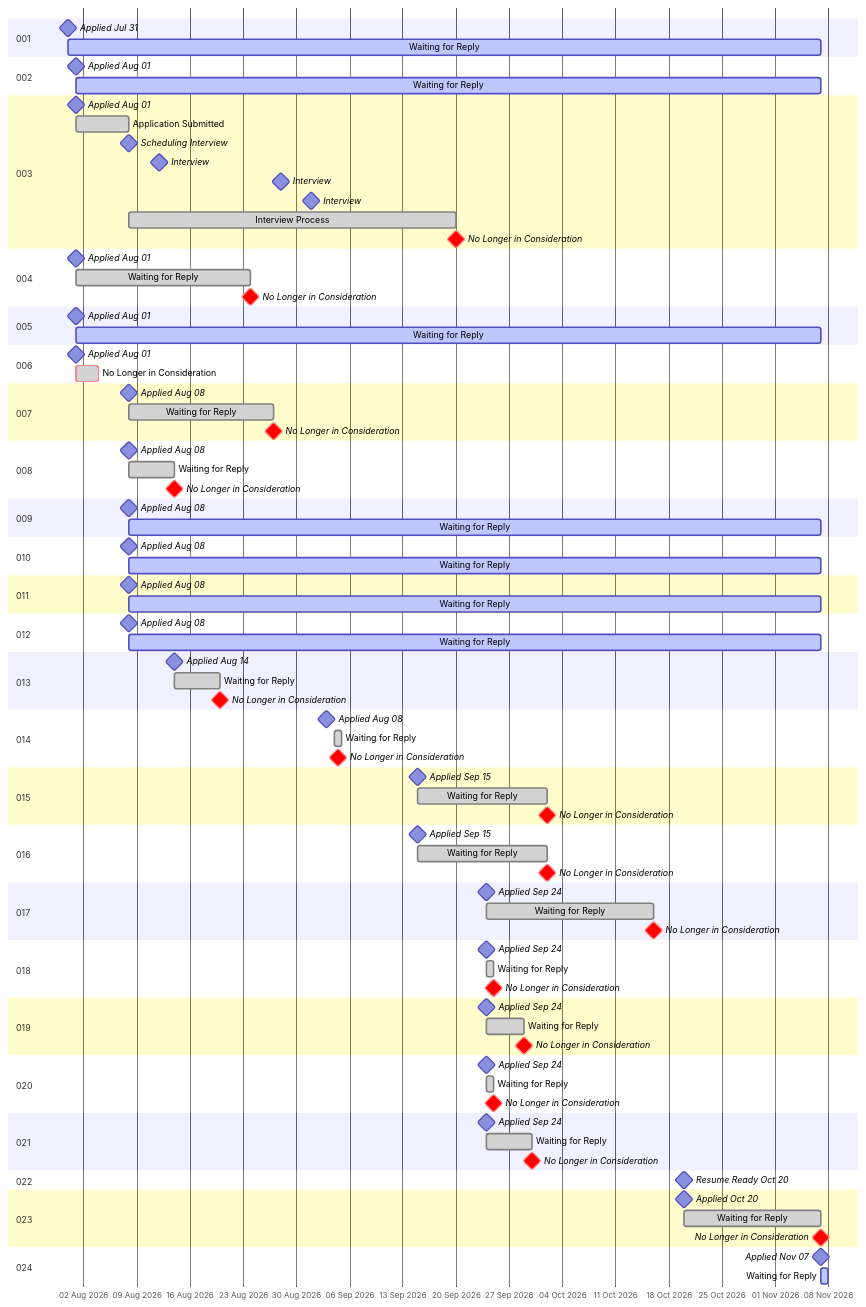
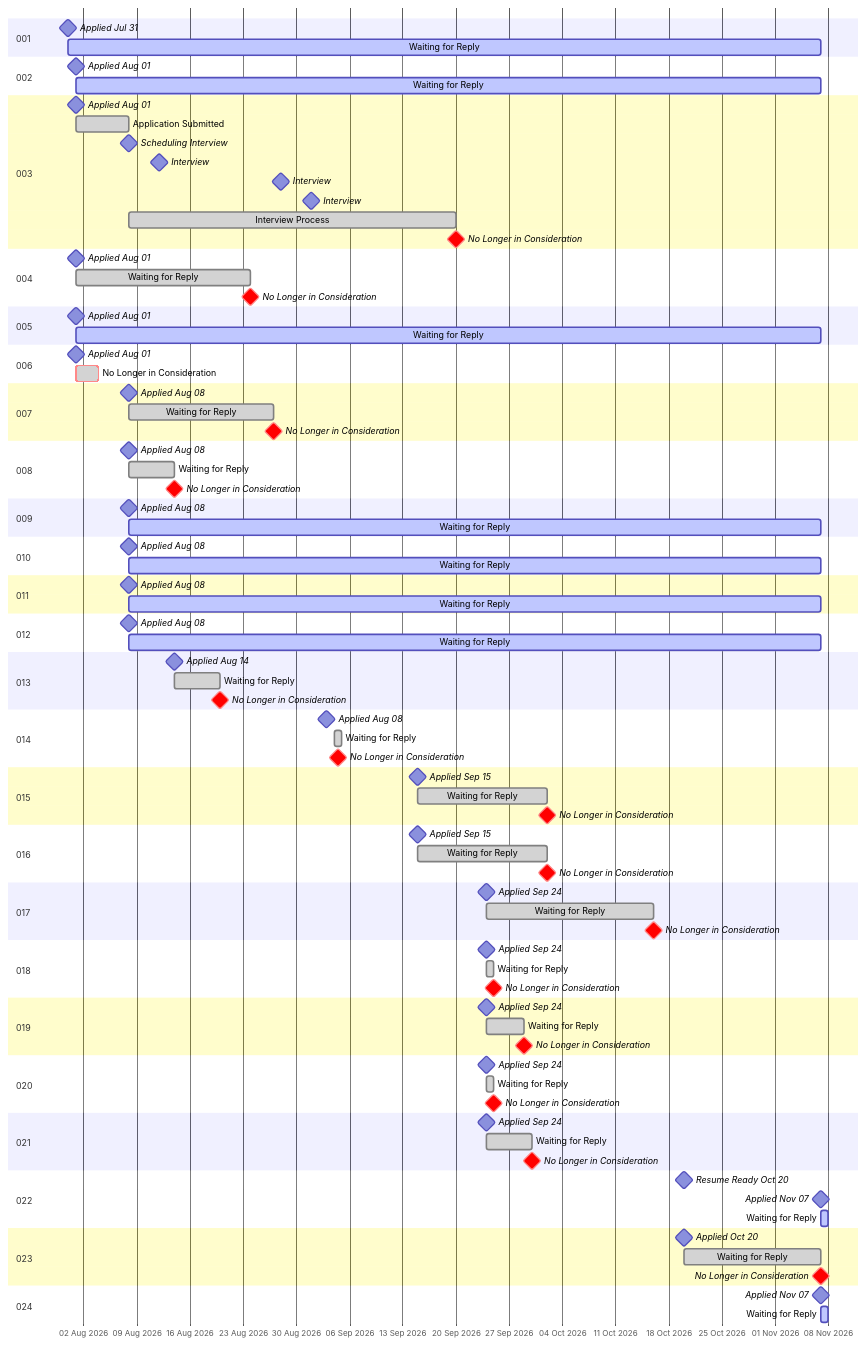
The diagram in README.md (RileyBeenders/rileybeenders.com), drawn with Mermaid before and after one commit. The commit also changed other lines of this file and 5 other files, not shown here.

```diff
--- a/README.md
+++ b/README.md
@@ -118,6 +118,8 @@
 
     section 022
     Resume Ready Oct 20             :milestone, 2026-10-20, 0d
+    Applied Nov 07                  :milestone, 2026-11-07, 0d
+    Waiting for Reply               :active, 2026-11-07, 1d
 
     section 023
     Applied Oct 20                  :milestone, 2026-10-20, 0d
```
